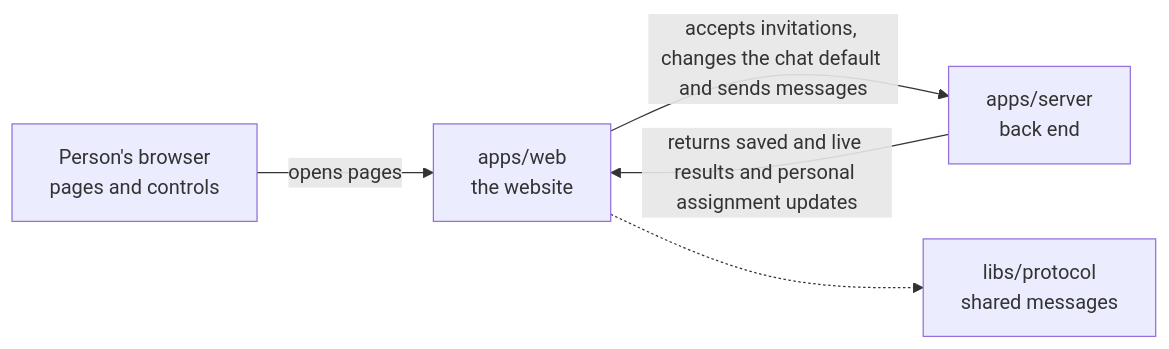
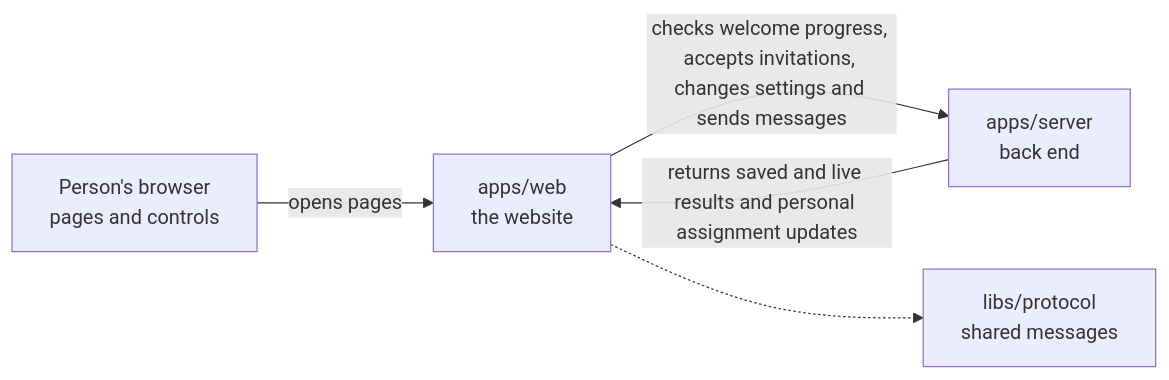
One commit to elewa-git/opencrane-new changed the diagram in apps/web/README.md. Above: the diagram before and after it, drawn with Mermaid. The commit also changed other lines of this file and 8 other files, not shown here.

First line of the commit message:
🚪 Check welcome progress before opening a workspace page

````diff
--- a/apps/web/README.md
+++ b/apps/web/README.md
@@ -17,7 +17,7 @@
 ```mermaid
 flowchart LR
   browser["Person's browser<br/>pages and controls"] -->|opens pages| web["apps/web<br/>the website"]
-  web -->|accepts invitations, changes the chat default and sends messages| server["apps/server<br/>back end"]
+  web -->|checks welcome progress, accepts invitations, changes settings and sends messages| server["apps/server<br/>back end"]
   server -->|returns saved and live results and personal assignment updates| web
   web -.-> protocol["libs/protocol<br/>shared messages"]
 ```
````
